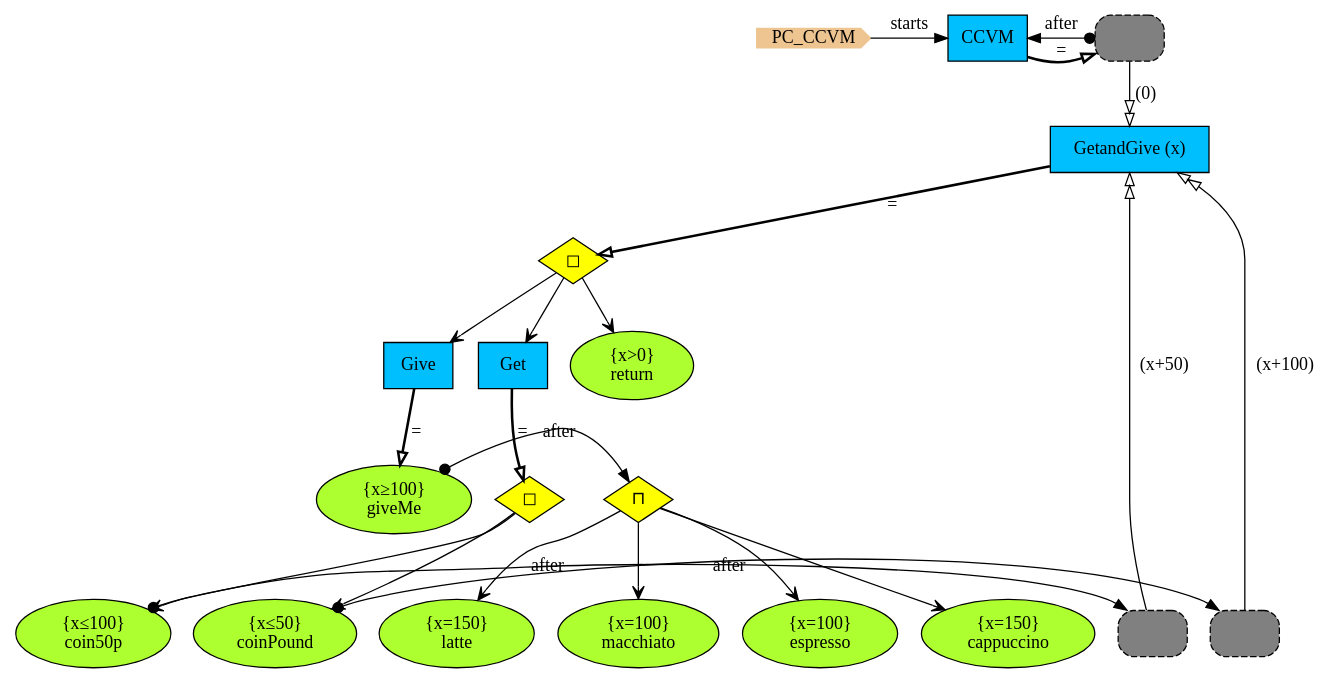
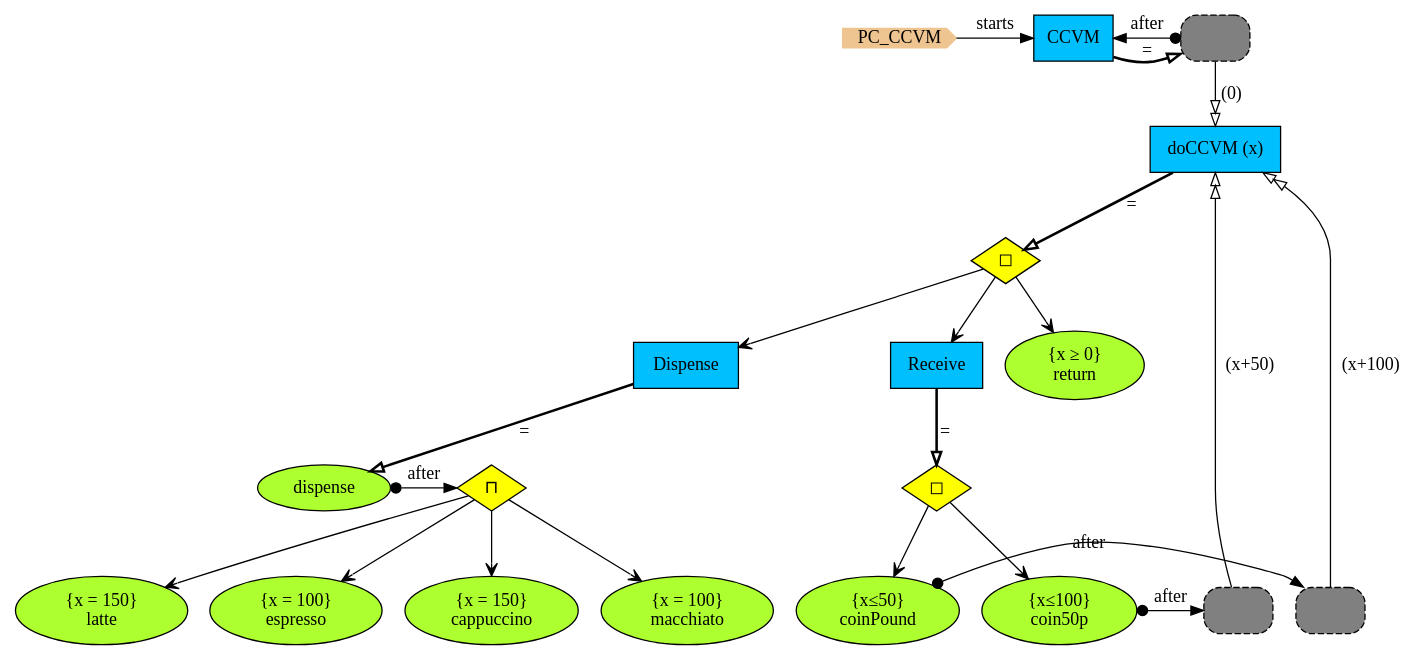
The diagram in Haskell/PCs/Examples/img/PC_CCVM.gv (namalio/Fragmenta), drawn with Graphviz before and after one commit. The commit also changed 33 other files, not shown here.

```diff
--- a/Haskell/PCs/Examples/img/PC_CCVM.gv
+++ b/Haskell/PCs/Examples/img/PC_CCVM.gv
@@ -1,59 +1,58 @@
 digraph {
 
 StartN_ [shape = cds,color=burlywood2,style=filled,height=.2,width=.2, label =PC_CCVM];
 
 CCVM [shape=box,fillcolor=deepskyblue,style = filled,label="CCVM"];
-GetandGive [shape=box,fillcolor=deepskyblue,style = filled,label="GetandGive (x)"];
-OpGetandGive [shape=diamond,fillcolor=yellow,style=filled,label="◻︎"];
-Get [shape=box,fillcolor=deepskyblue,style = filled,label="Get"];
-return [shape=ellipse,fillcolor=greenyellow,style=filled,label=" {x>0}
+doCCVM [shape=box,fillcolor=deepskyblue,style = filled,label="doCCVM (x)"];
+Dispense [shape=box,fillcolor=deepskyblue,style = filled,label="Dispense"];
+Op20286a6b [shape=diamond,fillcolor=yellow,style=filled,label="◻︎"];
+coinPound [shape=ellipse,fillcolor=greenyellow,style=filled,label=" {x≤50}
+coinPound"];
+RefdoCCVM7b9359ca [shape=rectangle,fillcolor=gray,style="rounded,filled,dashed",label=""];
+dispense [shape=ellipse,fillcolor=greenyellow,style=filled,label="dispense"];
+latte [shape=ellipse,fillcolor=greenyellow,style=filled,label=" {x = 150}
+latte"];
+espresso [shape=ellipse,fillcolor=greenyellow,style=filled,label=" {x = 100}
+espresso"];
+cappuccino [shape=ellipse,fillcolor=greenyellow,style=filled,label=" {x = 150}
+cappuccino"];
+macchiato [shape=ellipse,fillcolor=greenyellow,style=filled,label=" {x = 100}
+macchiato"];
+Op5e1913ec [shape=diamond,fillcolor=yellow,style=filled,label="⊓"];
+RefdoCCVM9a86873 [shape=rectangle,fillcolor=gray,style="rounded,filled,dashed",label=""];
+return [shape=ellipse,fillcolor=greenyellow,style=filled,label=" {x ≥ 0}
 return"];
-espresso [shape=ellipse,fillcolor=greenyellow,style=filled,label=" {x=100}
-espresso"];
-cappuccino [shape=ellipse,fillcolor=greenyellow,style=filled,label=" {x=150}
-cappuccino"];
 coin50p [shape=ellipse,fillcolor=greenyellow,style=filled,label=" {x≤100}
 coin50p"];
-RefGot50p [shape=rectangle,fillcolor=gray,style="rounded,filled,dashed",label=""];
-RefGotPound [shape=rectangle,fillcolor=gray,style="rounded,filled,dashed",label=""];
-coinPound [shape=ellipse,fillcolor=greenyellow,style=filled,label=" {x≤50}
-coinPound"];
-latte [shape=ellipse,fillcolor=greenyellow,style=filled,label=" {x=150}
-latte"];
-macchiato [shape=ellipse,fillcolor=greenyellow,style=filled,label=" {x=100}
-macchiato"];
-OpGive [shape=diamond,fillcolor=yellow,style=filled,label="⊓"];
-OpGet [shape=diamond,fillcolor=yellow,style=filled,label="◻︎"];
-Give [shape=box,fillcolor=deepskyblue,style = filled,label="Give"];
-giveMe [shape=ellipse,fillcolor=greenyellow,style=filled,label=" {x≥100}
-giveMe"];
-RefGetandGive [shape=rectangle,fillcolor=gray,style="rounded,filled,dashed",label=""];
+Op2d21b460 [shape=diamond,fillcolor=yellow,style=filled,label="◻︎"];
+Receive [shape=box,fillcolor=deepskyblue,style = filled,label="Receive"];
+RefdoCCVM2229ce7e [shape=rectangle,fillcolor=gray,style="rounded,filled,dashed",label=""];
 
-{rank=same;RefGotPound,coinPound}
-{rank=same;OpGive,giveMe}
-{rank=same;CCVM,RefGetandGive}
-{rank=same;RefGot50p,coin50p}
+{rank=same;Op5e1913ec,dispense}
+{rank=same;RefdoCCVM7b9359ca,coin50p}
+{rank=same;CCVM,RefdoCCVM2229ce7e}
+{rank=same;RefdoCCVM9a86873,coinPound}
 {rank=same;CCVM,StartN_}
 
-coinPound->RefGotPound[arrowtail=dot,dir=both,label="after"];
-RefGotPound->GetandGive[arrowhead="normalnormal",fillcolor=white,label=" (x+100)"];
-OpGet->coinPound[arrowhead="open"];
-OpGive->latte[arrowhead="open"];
-OpGive->macchiato[arrowhead="open"];
-giveMe->OpGive[arrowtail=dot,dir=both,label="after"];
-OpGetandGive->Give[arrowhead="open"];
-RefGetandGive->CCVM[arrowtail=dot,dir=both,label="after"];
-RefGetandGive->GetandGive[arrowhead="normalnormal",fillcolor=white,label=" (0)"];
-OpGetandGive->Get[arrowhead="open"];
-OpGetandGive->return[arrowhead="open"];
-OpGive->espresso[arrowhead="open"];
-OpGive->cappuccino[arrowhead="open"];
-OpGet->coin50p[arrowhead="open"];
-RefGot50p->GetandGive[arrowhead="normalnormal",fillcolor=white,label=" (x+50)"];
-coin50p->RefGot50p[arrowtail=dot,dir=both,label="after"];
-CCVM->RefGetandGive[arrowhead="onormal",penwidth=2,label="="];
-GetandGive->OpGetandGive[arrowhead="onormal",penwidth=2,label="="];
-Get->OpGet[arrowhead="onormal",penwidth=2,label="="];
-Give->giveMe[arrowhead="onormal",penwidth=2,label="="];
+Op5e1913ec->cappuccino[arrowhead="open"];
+Op5e1913ec->macchiato[arrowhead="open"];
+dispense->Op5e1913ec[arrowtail=dot,dir=both,label="after"];
+RefdoCCVM7b9359ca->doCCVM[arrowhead="normalnormal",fillcolor=white,label=" (x+50)"];
+coin50p->RefdoCCVM7b9359ca[arrowtail=dot,dir=both,label="after"];
+Op20286a6b->coin50p[arrowhead="open"];
+Op2d21b460->Dispense[arrowhead="open"];
+RefdoCCVM2229ce7e->doCCVM[arrowhead="normalnormal",fillcolor=white,label=" (0)"];
+RefdoCCVM2229ce7e->CCVM[arrowtail=dot,dir=both,label="after"];
+Op2d21b460->Receive[arrowhead="open"];
+Op2d21b460->return[arrowhead="open"];
+Op20286a6b->coinPound[arrowhead="open"];
+coinPound->RefdoCCVM9a86873[arrowtail=dot,dir=both,label="after"];
+RefdoCCVM9a86873->doCCVM[arrowhead="normalnormal",fillcolor=white,label=" (x+100)"];
+Op5e1913ec->latte[arrowhead="open"];
+Op5e1913ec->espresso[arrowhead="open"];
+CCVM->RefdoCCVM2229ce7e[arrowhead="onormal",penwidth=2,label="="];
+doCCVM->Op2d21b460[arrowhead="onormal",penwidth=2,label="="];
+Dispense->dispense[arrowhead="onormal",penwidth=2,label="="];
+Receive->Op20286a6b[arrowhead="onormal",penwidth=2,label="="];
 StartN_->CCVM[label="starts"];
 }
```
